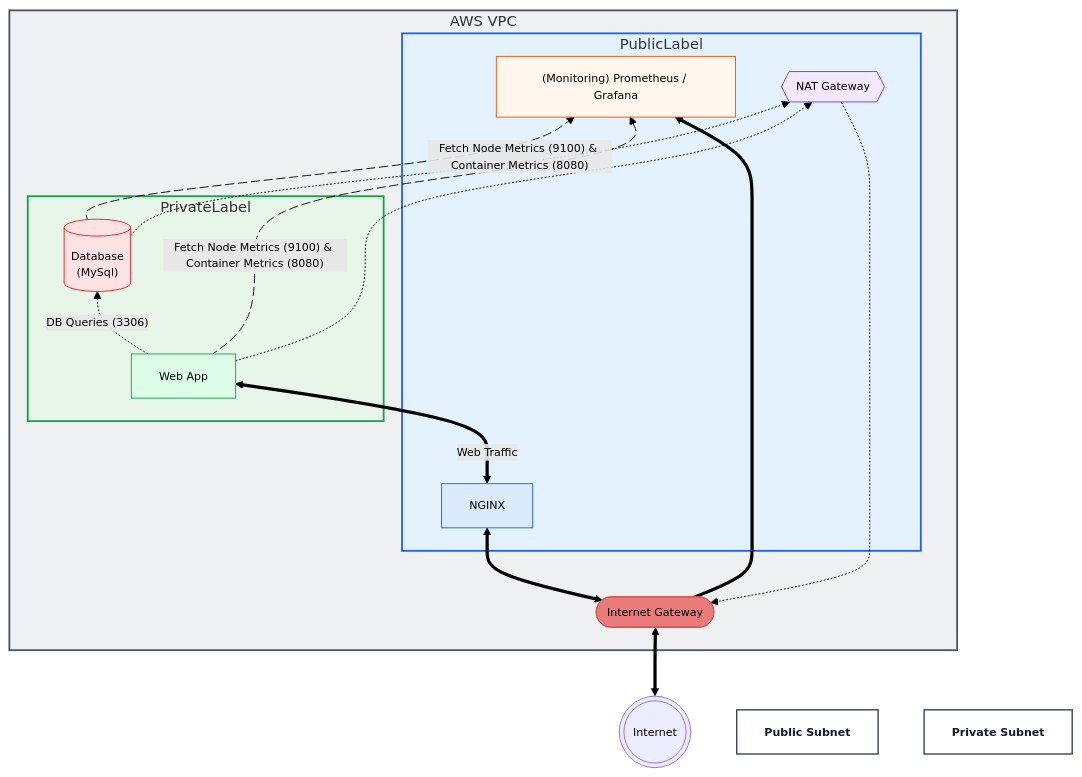
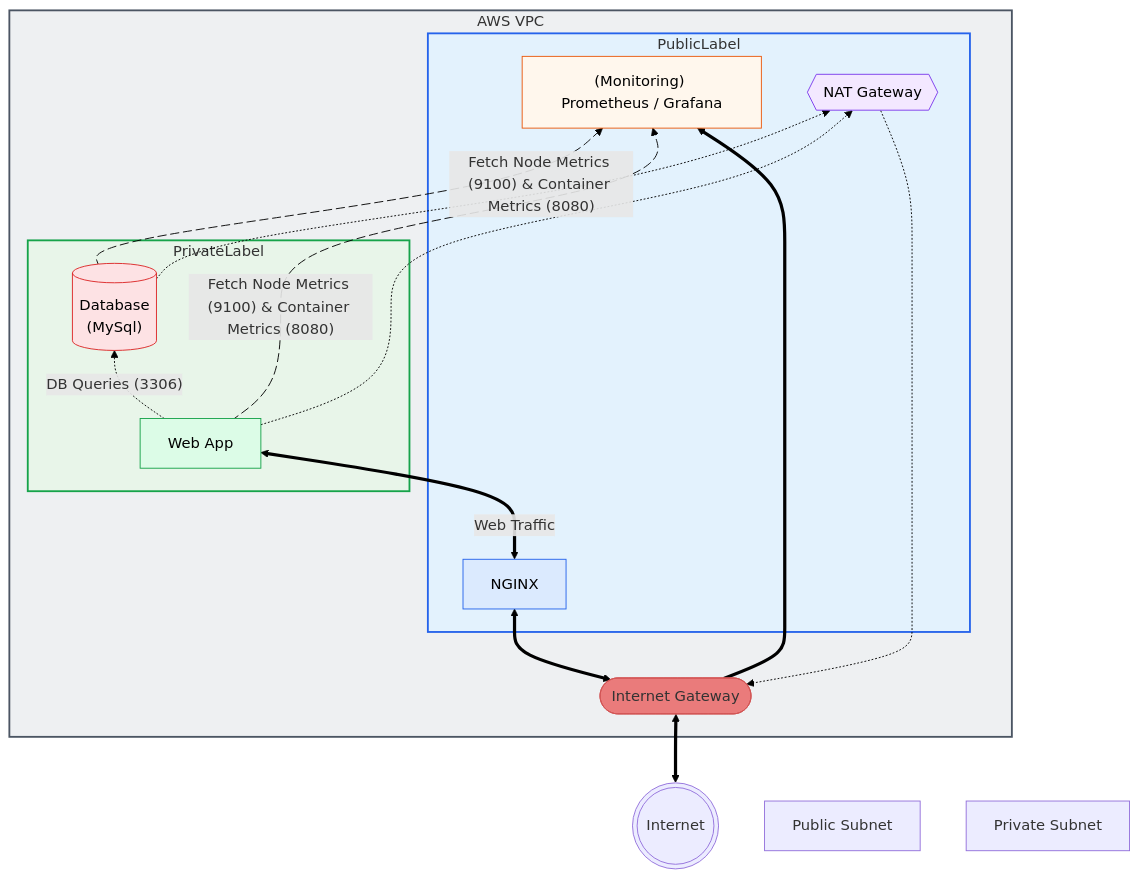
Before and after one commit to Jazzar101/learning-terraform-3087701: the diagram in README.md, drawn with Mermaid.

Commit message:
changed label colour

````diff
--- a/README.md
+++ b/README.md
@@ -6,59 +6,59 @@
 ```mermaid
 flowchart BT
     Internet(((Internet)))
     subgraph VPC[AWS VPC]
         IGW([Internet Gateway])
         subgraph PublicSubnet[PublicLabel]
             NAT{{NAT Gateway}}
             NGINX[NGINX]
             Monitoring["(Monitoring) Prometheus / Grafana"]
         end
 
         subgraph PrivateSubnet[PrivateLabel]
             App[Web App]
             DB[("Database\n(MySql)")]
         end
     end
 
     Internet <==> IGW
     IGW <==> NGINX
     NGINX <==>|Web Traffic| App
     App -.->|"DB Queries (3306)"| DB
     IGW ==> Monitoring
 
     App metricsApp@-->|"Fetch Node Metrics (9100) & Container Metrics (8080)"| Monitoring
     DB metricsDB@-->|"Fetch Node Metrics (9100) & Container Metrics (8080)"| Monitoring
 
     App -.-> NAT
     DB -.-> NAT
     NAT -.-> IGW
     
     metricsApp@{ animation: slow }    
     metricsDB@{ animation: slow }
 
     %% Node-only styling (GitHub safe)
     classDef ingress fill:#dbeafe,stroke:#2563eb,color:#000000
     classDef monitoring fill:#fff7ed,stroke:#ea580c,color:#000000
     classDef nat fill:#f3e8ff,stroke:#7c3aed,color:#000000
     classDef app fill:#dcfce7,stroke:#16a34a,color:#000000
     classDef db fill:#fde2e4,stroke:#dc2626,color:#000000
     classDef igw fill:#EA7B7B,stroke:#D25353,color:#00000
-    classDef subnetLabel fill:#ffffff,stroke:#374151,stroke-width:1.5px,color:#111827,font-weight:bold
-    classDef label fill:none,stroke:none,color:#000000,font-size:12px,font-weight:500
+    classDef PublicLabel fill:#e3f2fd,stroke:#none,stroke-width:1.5px,color:#111827,font-weight:bold
+    classDef Privatelabel fill:#e8f5e9,stroke:none,color:#000000,font-size:12px,font-weight:500
 
     style VPC fill:#eef0f2,stroke:#4b5563,stroke-width:2px
     style PublicSubnet fill:#e3f2fd,stroke:#2563eb,stroke-width:2px
     style PrivateSubnet fill:#e8f5e9,stroke:#16a34a,stroke-width:2px    
  
     linkStyle default stroke:#000
 
     PublicLabel["Public Subnet"]:::subnetLabel
     PrivateLabel["Private Subnet"]:::subnetLabel
 
     class NGINX ingress
     class Monitoring monitoring
     class NAT nat
     class App app
     class DB db
     class IGW igw
 ```
````
